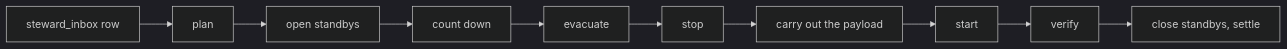
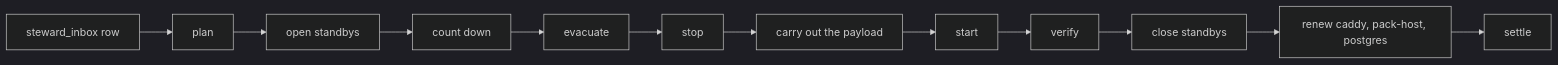
Before and after one commit to nordtal/season-2: the diagram in steward-agent/README.md, drawn with Mermaid (dark theme). The commit also changed other lines of this file and 8 other files, not shown here.

````diff
--- a/steward-agent/README.md
+++ b/steward-agent/README.md
@@ -34,5 +34,6 @@
 ```mermaid
 flowchart LR
     row["steward_inbox row"] --> plan --> standbys["open standbys"] --> count["count down"] --> evac["evacuate"]
-    evac --> stop --> payload["carry out the payload"] --> start --> verify --> settle["close standbys, settle"]
+    evac --> stop --> payload["carry out the payload"] --> start --> verify --> close["close standbys"]
+    close --> renew["renew caddy, pack-host, postgres"] --> settle
 ```
````
